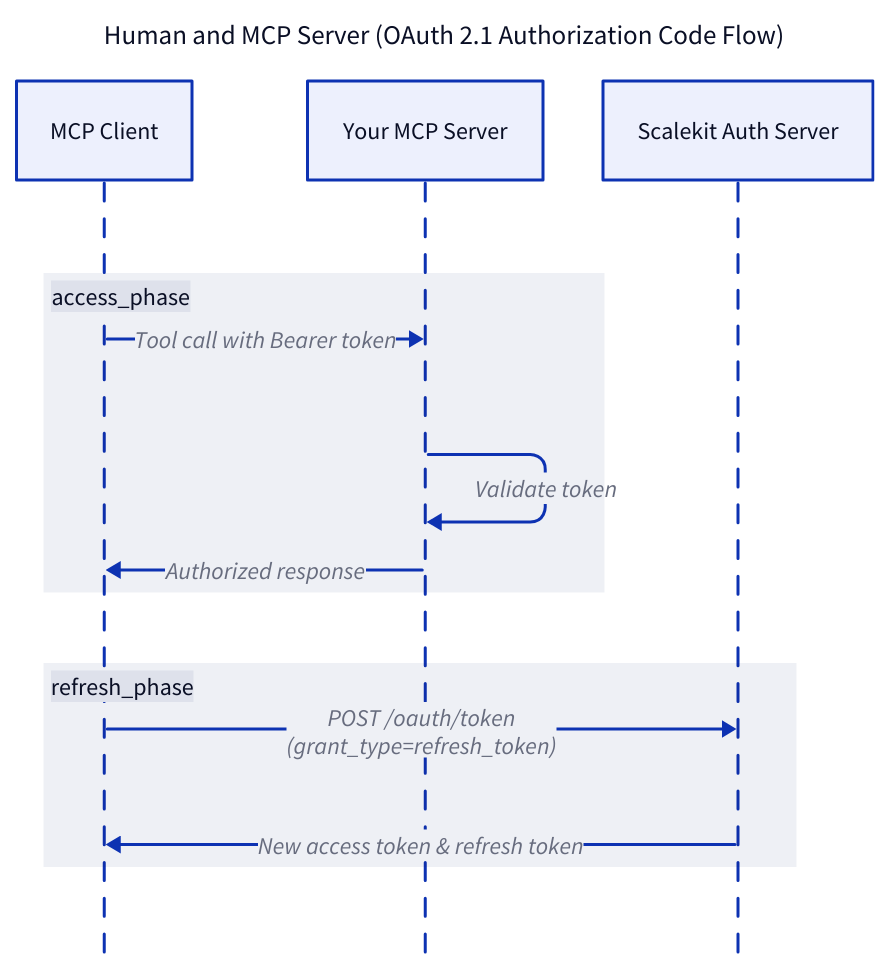
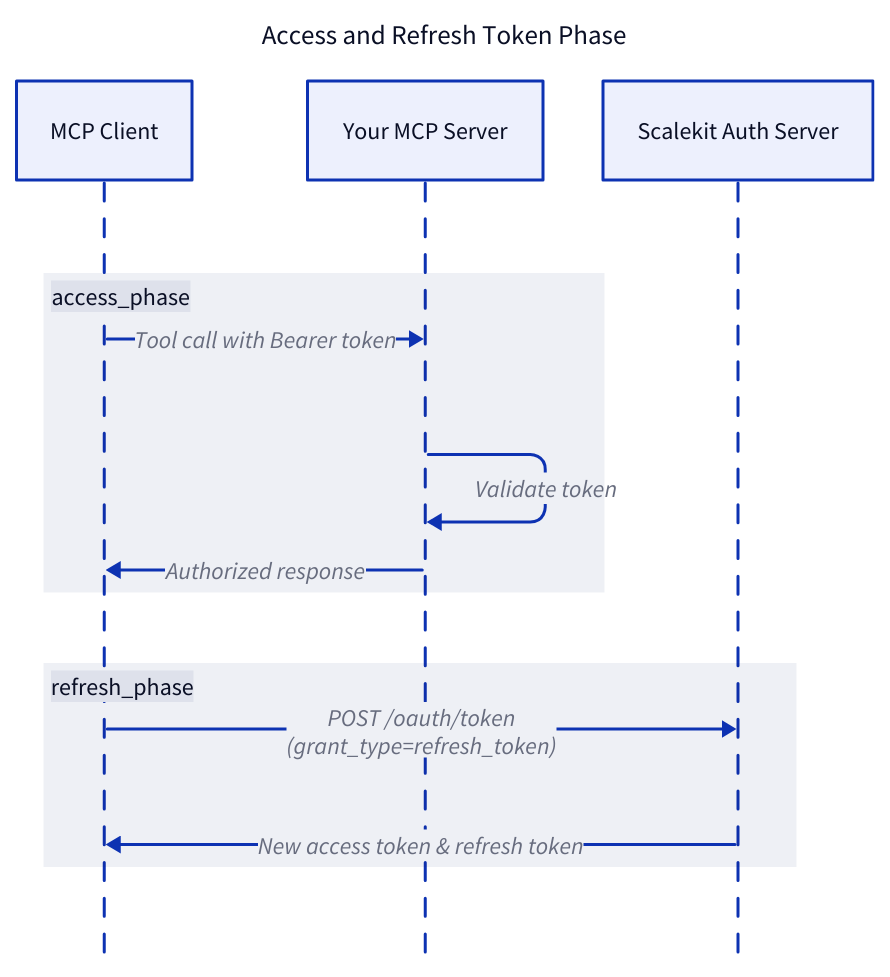
One commit to scalekit-inc/developer-docs changed the fourth of 4 diagrams in src/content/docs/authenticate/mcp/overview.mdx. Above: the diagram before and after it, drawn with D2. The commit also changed other lines of this file and 2 other files, not shown here.

Commit message:
changed the diagram for access and refresh tokens, removed text at the bottom, and moved DCR and CIMD description to their relevant diagrams. Also included imporatant note for BYOA.

````diff
--- a/src/content/docs/authenticate/mcp/overview.mdx
+++ b/src/content/docs/authenticate/mcp/overview.mdx
@@ -172,27 +177,27 @@
 ```d2 pad=36
 
-title: "Human and MCP Server (OAuth 2.1 Authorization Code Flow)" {
+title: "Access and Refresh Token Phase" {
   near: top-center
   shape: text
   style.font-size: 18
 }
 
 shape: sequence_diagram
 
 MCP Client
 Your MCP Server
 Scalekit Auth Server
 
 access_phase: {
   MCP Client -> Your MCP Server: Tool call with Bearer token
   Your MCP Server -> Your MCP Server: Validate token
   Your MCP Server -> MCP Client: Authorized response
 }
 
 refresh_phase: {
   MCP Client -> Scalekit Auth Server: POST /oauth/token\n(grant_type=refresh_token)
   Scalekit Auth Server -> MCP Client: New access token & refresh token
 }
     
   
 ```
````
